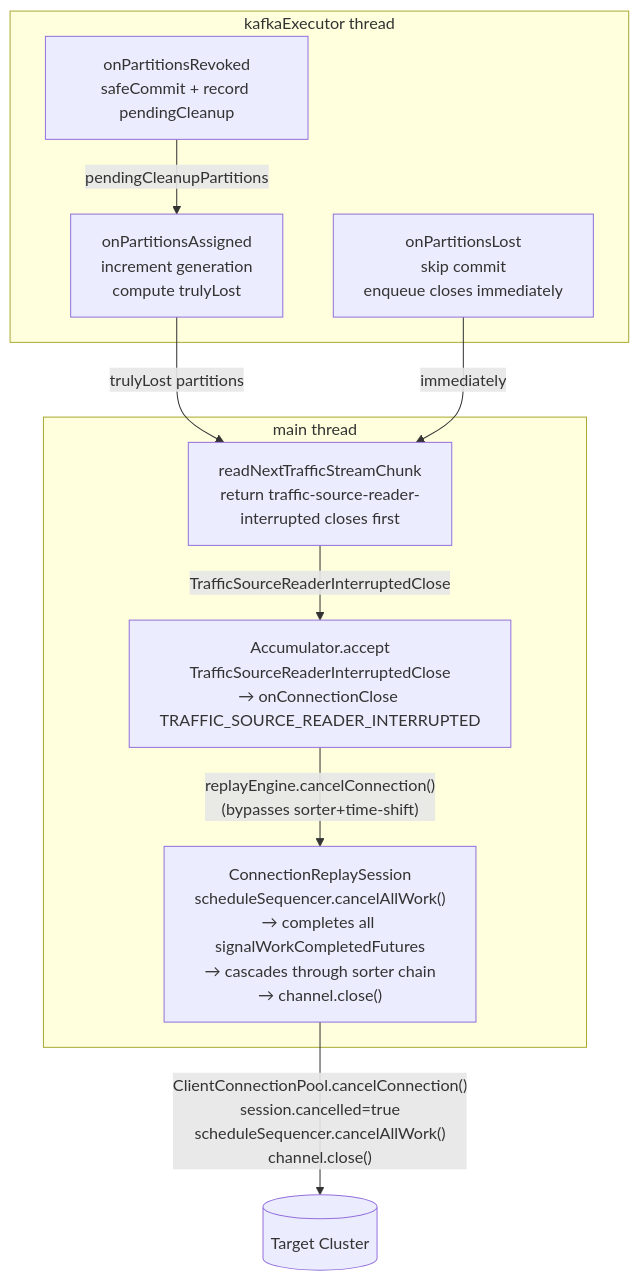
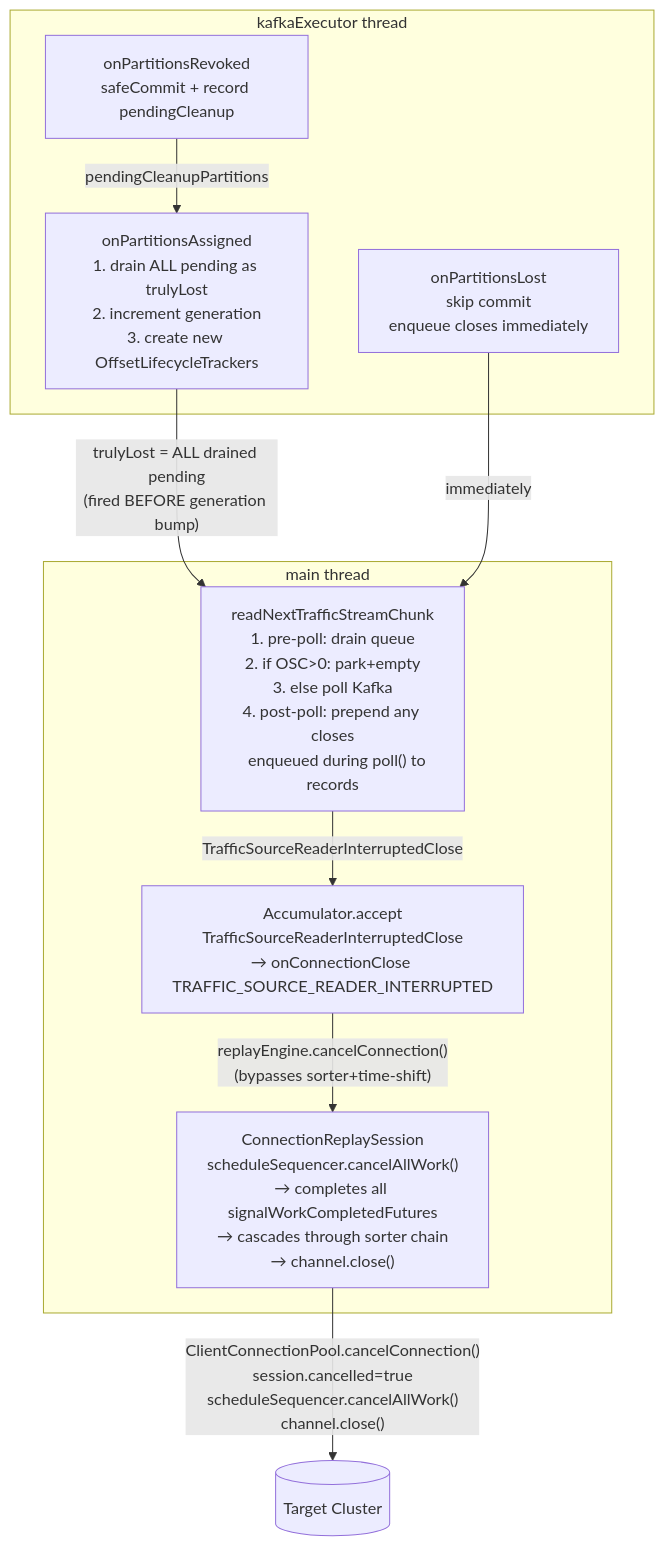
Before and after one commit to opensearch-project/opensearch-migrations: the fourth of 4 diagrams in docs/replayerArchitecture.md, drawn with Mermaid. The commit also changed other lines of this file and 2 other files, not shown here.

````diff
--- a/docs/replayerArchitecture.md
+++ b/docs/replayerArchitecture.md
@@ -518,21 +546,21 @@
 ```mermaid
 flowchart TD
     subgraph kafkaExecutor["kafkaExecutor thread"]
         REV[onPartitionsRevoked\nsafeCommit + record pendingCleanup]
-        ASN[onPartitionsAssigned\nincrement generation\ncompute trulyLost]
+        ASN["onPartitionsAssigned\n1. drain ALL pending as trulyLost\n2. increment generation\n3. create new OffsetLifecycleTrackers"]
         LOST[onPartitionsLost\nskip commit\nenqueue closes immediately]
     end
 
     subgraph mainThread["main thread"]
-        SYNTH[readNextTrafficStreamChunk\nreturn traffic-source-reader-interrupted closes first]
+        SYNTH["readNextTrafficStreamChunk\n1. pre-poll: drain queue\n2. if OSC>0: park+empty\n3. else poll Kafka\n4. post-poll: prepend any closes\n   enqueued during poll() to records"]
         ACC2[Accumulator.accept\nTrafficSourceReaderInterruptedClose\n→ onConnectionClose TRAFFIC_SOURCE_READER_INTERRUPTED]
         CANCEL["ConnectionReplaySession\nscheduleSequencer.cancelAllWork()\n→ completes all signalWorkCompletedFutures\n→ cascades through sorter chain\n→ channel.close()"]
     end
 
     REV -->|pendingCleanupPartitions| ASN
-    ASN -->|trulyLost partitions| SYNTH
+    ASN -->|"trulyLost = ALL drained pending\n(fired BEFORE generation bump)"| SYNTH
     LOST -->|immediately| SYNTH
     SYNTH -->|TrafficSourceReaderInterruptedClose| ACC2
     ACC2 -->|"replayEngine.cancelConnection()\n(bypasses sorter+time-shift)"| CANCEL
     CANCEL -->|"ClientConnectionPool.cancelConnection()\nsession.cancelled=true\nscheduleSequencer.cancelAllWork()\nchannel.close()"| Target[(Target Cluster)]
 ```
````
